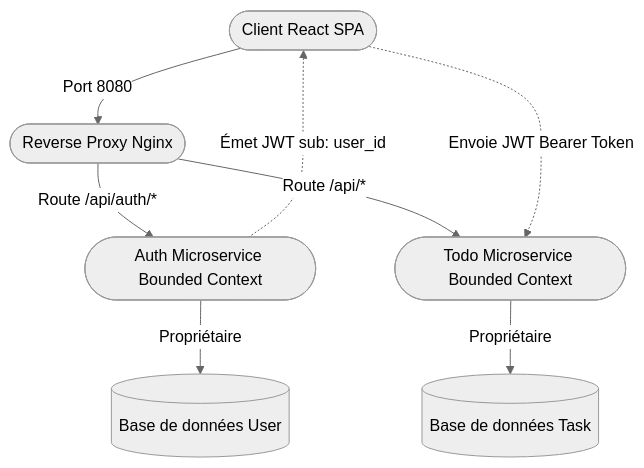
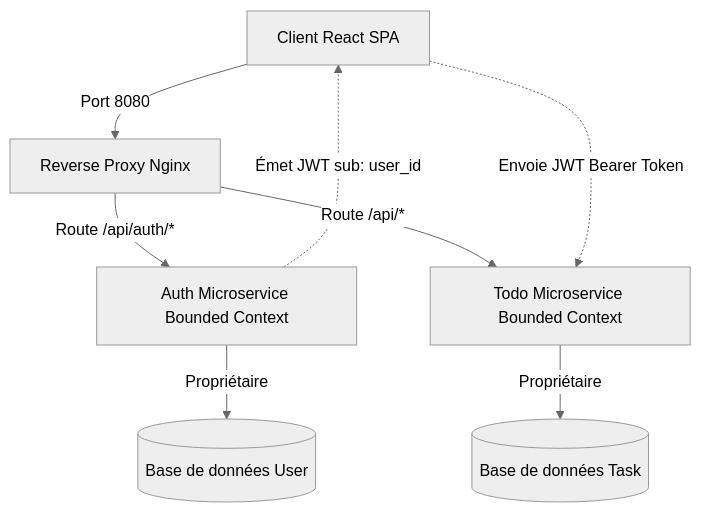
One commit to wanicolas/todo-app-cloud changed the diagram in docs/context_map.md. Above: the diagram before and after it, drawn with Mermaid.

Commit message:
feat(docs): update mermaid diagram syntax for context map clarity

````diff
--- a/docs/context_map.md
+++ b/docs/context_map.md
@@ -7,13 +7,13 @@
 ```mermaid
 %%{init: {'theme': 'neutral'}}%%
 graph TD
-    Client([Client React SPA]) -->|Port 8080| Proxy([Reverse Proxy Nginx])
-    Proxy -->|Route /api/auth/*| AuthContext([Auth Microservice Bounded Context])
-    Proxy -->|Route /api/*| TodoContext([Todo Microservice Bounded Context])
+    Client[Client React SPA] -->|Port 8080| Proxy[Reverse Proxy Nginx]
+    Proxy -->|Route /api/auth/*| AuthContext[Auth Microservice Bounded Context]
+    Proxy -->|Route /api/*| TodoContext[Todo Microservice Bounded Context]
 
     AuthContext -->|Propriétaire| AuthDB[(Base de données User)]
     TodoContext -->|Propriétaire| TodoDB[(Base de données Task)]
 
     AuthContext -.->|Émet JWT sub: user_id| Client
     Client -.->|Envoie JWT Bearer Token| TodoContext
 ```
````
